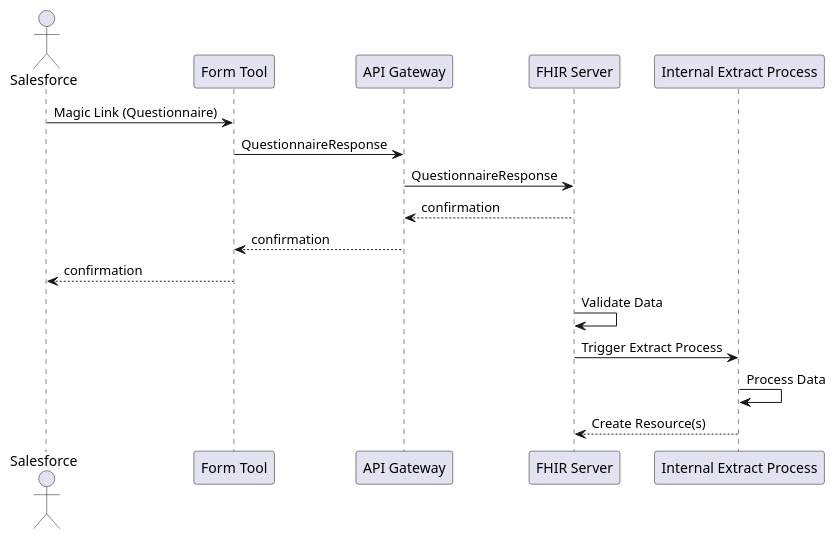
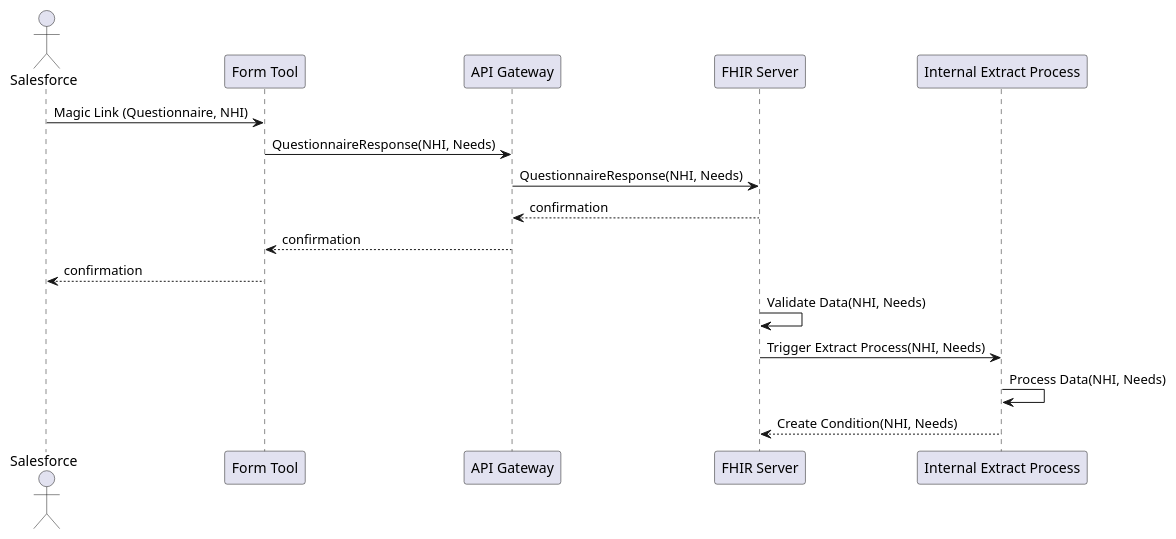
Before and after one commit to tewhatuora/fhir-patient-questionnaires: the diagram in input/images-source/1.questionnaire-extract.plantuml, drawn with PlantUML. The commit also changed 1 other file, not shown here.

Commit message:
Add NHI and needs

```diff
--- a/input/images-source/1.questionnaire-extract.plantuml
+++ b/input/images-source/1.questionnaire-extract.plantuml
@@ -1,25 +1,25 @@
 @startuml
 
 actor Salesforce
 participant "Form Tool" as UI
 participant "API Gateway" as GW
 participant "FHIR Server" as FHIR
 participant "Internal Extract Process" as Extract
 
-Salesforce -> UI : Magic Link (Questionnaire)
-UI -> GW : QuestionnaireResponse
-GW -> FHIR : QuestionnaireResponse
+Salesforce -> UI : Magic Link (Questionnaire, NHI)
+UI -> GW : QuestionnaireResponse(NHI, Needs)
+GW -> FHIR : QuestionnaireResponse(NHI, Needs)
 
 ' Immediate confirmation back to Salesforce
 FHIR --> GW : confirmation
 GW --> UI : confirmation
 UI --> Salesforce : confirmation
 
-FHIR -> FHIR : Validate Data
+FHIR -> FHIR : Validate Data(NHI, Needs)
 
 ' Asynchronous extract process
-FHIR -> Extract : Trigger Extract Process
-Extract -> Extract : Process Data
-Extract --> FHIR : Create Resource(s)
+FHIR -> Extract : Trigger Extract Process(NHI, Needs)
+Extract -> Extract : Process Data(NHI, Needs)
+Extract --> FHIR : Create Condition(NHI, Needs)
 
 @enduml
```
